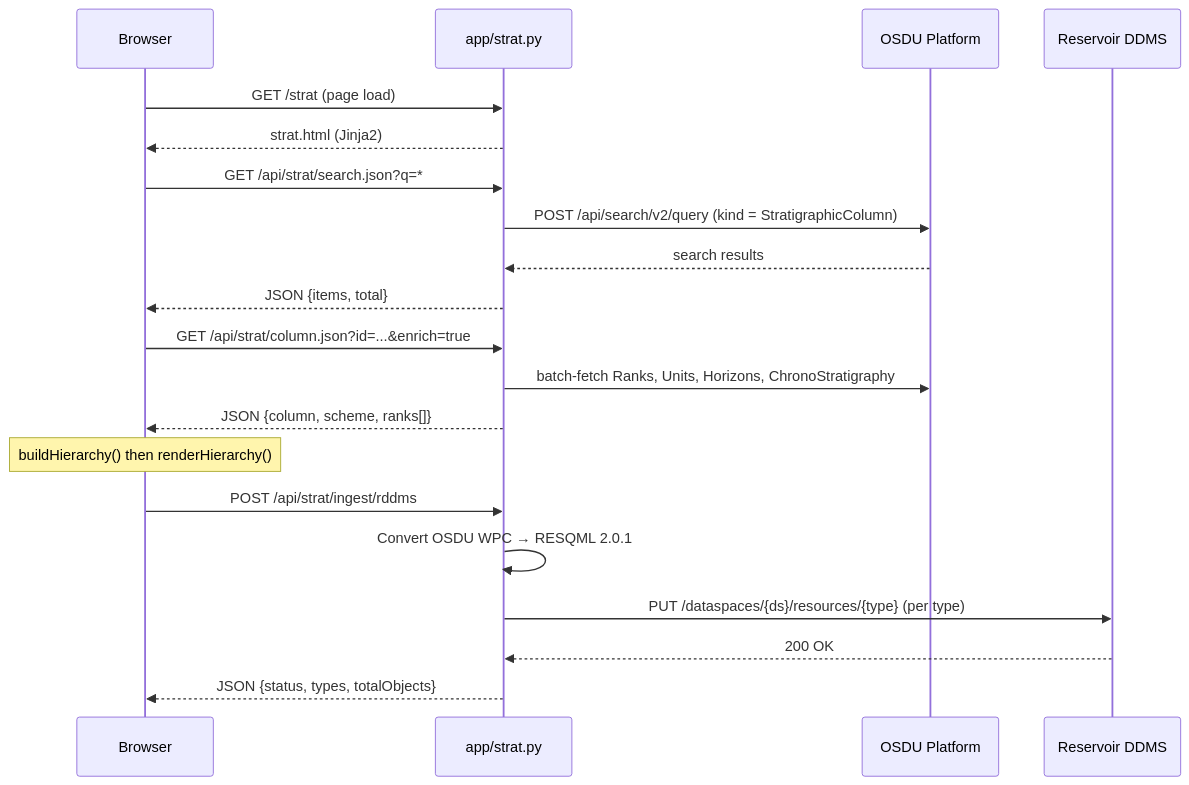
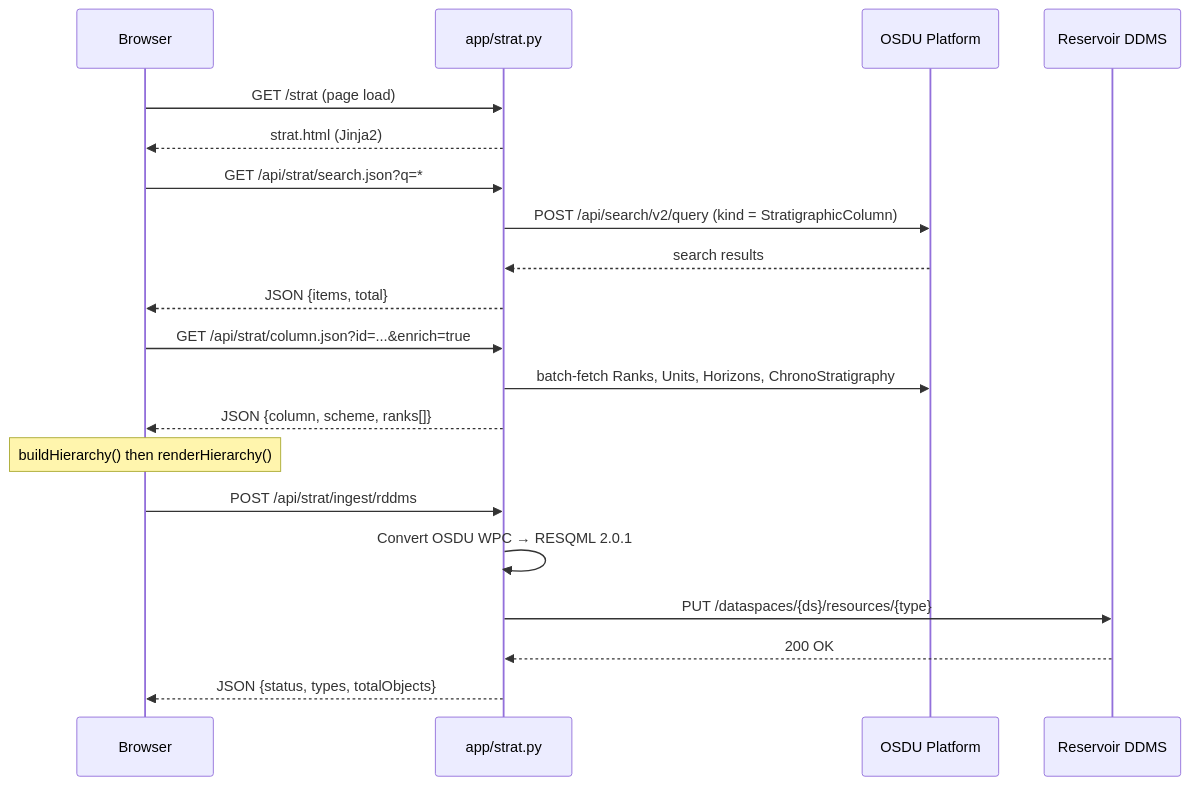
One commit to marcusapel/ores changed the third of 4 diagrams in md/StratColumn.md. Above: the diagram before and after it, drawn with Mermaid. The commit also changed other lines of this file and 1 other file, not shown here.

````diff
--- a/md/StratColumn.md
+++ b/md/StratColumn.md
@@ -306,23 +225,23 @@
 ```mermaid
 sequenceDiagram
     participant Browser
     participant FastAPI as app/strat.py
     participant OSDU as OSDU Platform
     participant RDDMS as Reservoir DDMS
 
     Browser->>FastAPI: GET /strat (page load)
     FastAPI-->>Browser: strat.html (Jinja2)
     Browser->>FastAPI: GET /api/strat/search.json?q=*
     FastAPI->>OSDU: POST /api/search/v2/query (kind = StratigraphicColumn)
     OSDU-->>FastAPI: search results
     FastAPI-->>Browser: JSON {items, total}
     Browser->>FastAPI: GET /api/strat/column.json?id=...&enrich=true
     FastAPI->>OSDU: batch-fetch Ranks, Units, Horizons, ChronoStratigraphy
     FastAPI-->>Browser: JSON {column, scheme, ranks[]}
     Note over Browser: buildHierarchy() then renderHierarchy()
     Browser->>FastAPI: POST /api/strat/ingest/rddms
     FastAPI->>FastAPI: Convert OSDU WPC → RESQML 2.0.1
-    FastAPI->>RDDMS: PUT /dataspaces/{ds}/resources/{type} (per type)
+    FastAPI->>RDDMS: PUT /dataspaces/{ds}/resources/{type}
     RDDMS-->>FastAPI: 200 OK
     FastAPI-->>Browser: JSON {status, types, totalObjects}
 ```
````
